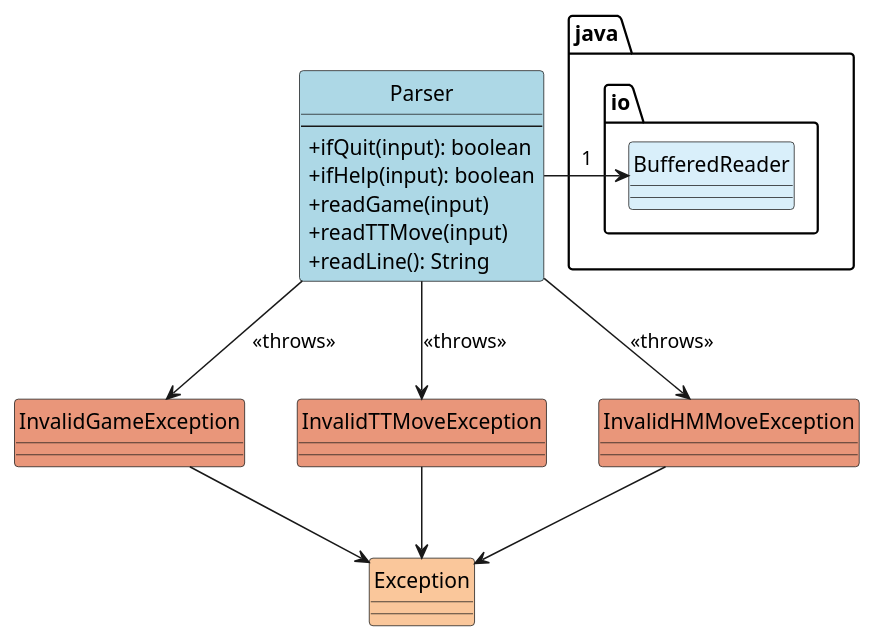
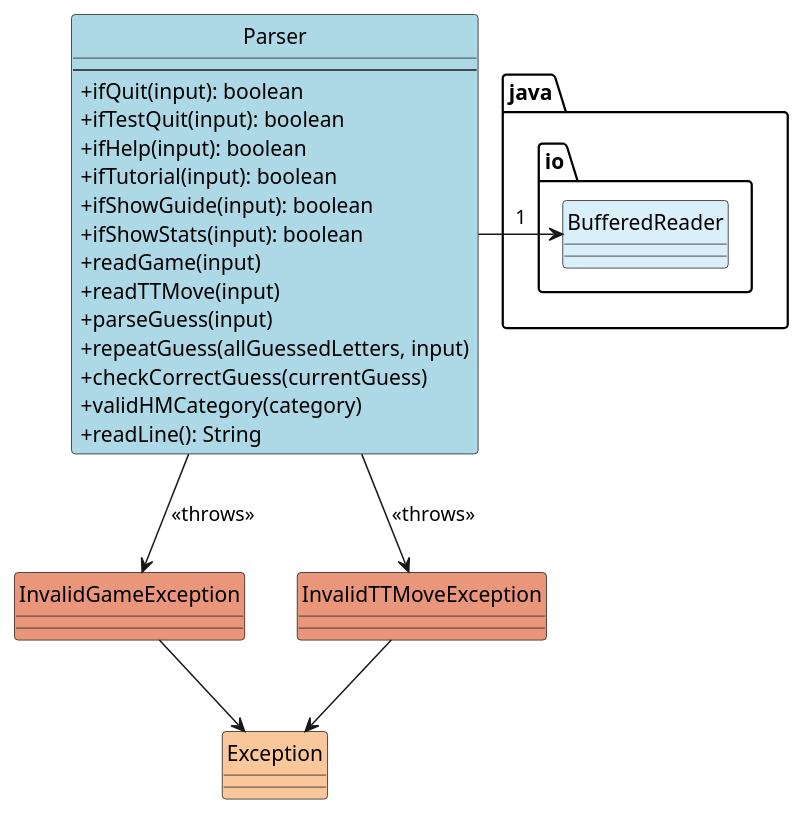
One commit to nigelheng/tp changed the diagram in docs/diagrams/ParserClassDiagramV2.puml. Above: the diagram before and after it, drawn with PlantUML. The commit also changed 6 other files, not shown here.

Commit message:
updated uml diagrams for parser with v2.1 in mind

```diff
--- a/docs/diagrams/ParserClassDiagramV2.puml
+++ b/docs/diagrams/ParserClassDiagramV2.puml
@@ -1,43 +1,47 @@
 @startuml
 exception Exception #fac79b {
 }
 
 exception InvalidTTMoveException #DarkSalmon {
 }
 
 exception InvalidGameException #DarkSalmon {
 }
 
-exception InvalidHMMoveException #DarkSalmon {
-}
 
 InvalidTTMoveException --> Exception
 InvalidGameException --> Exception
-InvalidHMMoveException --> Exception
 
 skinparam classAttributeIconSize 0
 class Parser #LightBlue {
   --
   +ifQuit(input): boolean
+  +ifTestQuit(input): boolean
   +ifHelp(input): boolean
+  +ifTutorial(input): boolean
+  +ifShowGuide(input): boolean
+  +ifShowStats(input): boolean
   +readGame(input)
   +readTTMove(input)
+  +parseGuess(input)
+  +repeatGuess(allGuessedLetters, input)
+  +checkCorrectGuess(currentGuess)
+  +validHMCategory(category)
   +readLine(): String
 }
 
 class java.io.BufferedReader #d9effa {
 }
 
 Parser --> BufferedReader: 1
 Parser --> InvalidTTMoveException: <<throws>>
 Parser --> InvalidGameException: <<throws>>
-Parser --> InvalidHMMoveException: <<throws>>
 
 BufferedReader -right[hidden]- Parser
 InvalidGameException -right[hidden]- InvalidTTMoveException
 
 hide Parser circle
 hide InvalidGameException circle
 hide BufferedReader circle
 hide Exception circle
 @enduml
```
